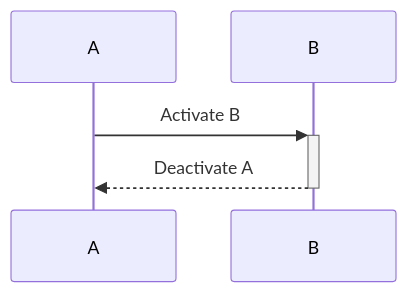
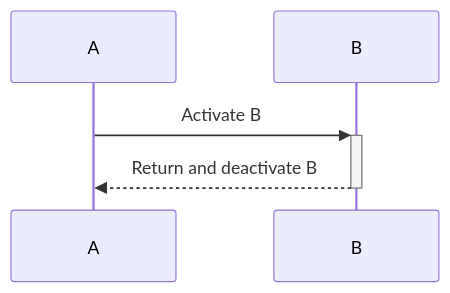
Before and after one commit to kingwill101/artisanal: the second of 8 diagrams in docs/charting.md, drawn with Mermaid. The commit also changed other lines of this file and 596 other files, not shown here.

````diff
--- a/docs/charting.md
+++ b/docs/charting.md
@@ -414,5 +425,5 @@
 ```mermaid
 sequenceDiagram
   A->>+B: Activate B
-  B-->>-A: Deactivate A
+  B-->>-A: Return and deactivate B
 ```
````
